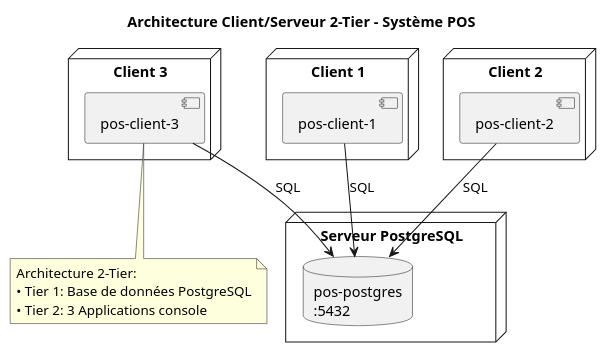
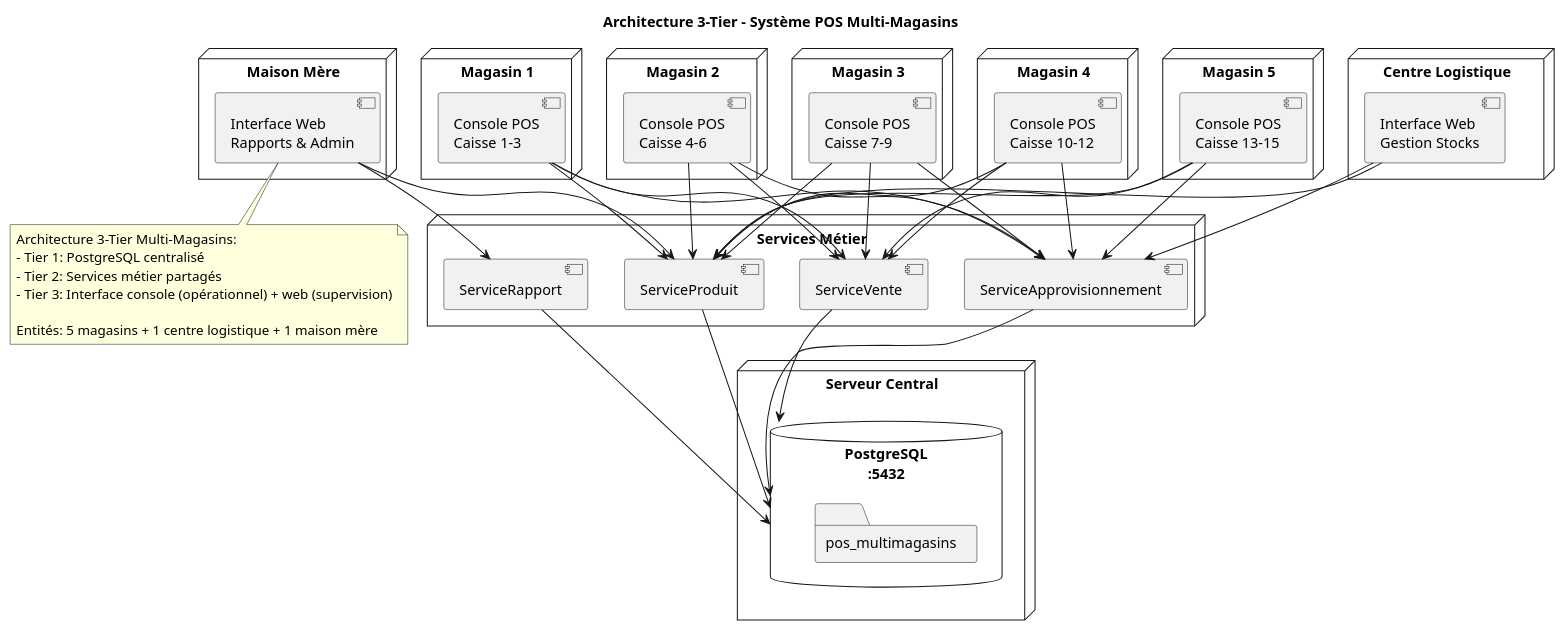
Before and after one commit to MelvinSDRS/log430-lab7-bis: the diagram in docs/uml/deploiement.puml, drawn with PlantUML. The commit also changed 47 other files, not shown here.

```diff
--- a/docs/uml/deploiement.puml
+++ b/docs/uml/deploiement.puml
@@ -1,30 +1,88 @@
 @startuml
-title Architecture Client/Serveur 2-Tier - Système POS
+title Architecture 3-Tier - Système POS Multi-Magasins
 
-node "Serveur PostgreSQL" {
-  database "pos-postgres\n:5432" as DB
+' Tier 1 - Base de données centralisée
+node "Serveur Central" {
+  database "PostgreSQL\n:5432" as DB {
+    folder "pos_multimagasins" as schema
+}
 }
 
-node "Client 1" {
-  component "pos-client-1" as App1
+' Tier 2 - Services métier (logique)
+node "Services Métier" {
+  component "ServiceProduit" as SP
+  component "ServiceVente" as SV
+  component "ServiceApprovisionnement" as SA
+  component "ServiceRapport" as SR
 }
 
-node "Client 2" {
-  component "pos-client-2" as App2
+' Tier 3 - Interfaces utilisateur (présentation)
+' Magasins avec interface console
+node "Magasin 1" {
+  component "Console POS\nCaisse 1-3" as M1
 }
 
-node "Client 3" {
-  component "pos-client-3" as App3
+node "Magasin 2" {
+  component "Console POS\nCaisse 4-6" as M2
 }
 
-App1 --> DB : SQL
-App2 --> DB : SQL
-App3 --> DB : SQL
+node "Magasin 3" {
+  component "Console POS\nCaisse 7-9" as M3
+}
+
+node "Magasin 4" {
+  component "Console POS\nCaisse 10-12" as M4
+}
+
+node "Magasin 5" {
+  component "Console POS\nCaisse 13-15" as M5
+}
+
+' Centre logistique avec interface web
+node "Centre Logistique" {
+  component "Interface Web\nGestion Stocks" as CL
+}
+
+' Maison mère avec interface web
+node "Maison Mère" {
+  component "Interface Web\nRapports & Admin" as MM
+}
+
+' Connexions Tier 3 → Tier 2
+M1 --> SP
+M1 --> SV
+M1 --> SA
+M2 --> SP
+M2 --> SV
+M2 --> SA
+M3 --> SP
+M3 --> SV
+M3 --> SA
+M4 --> SP
+M4 --> SV
+M4 --> SA
+M5 --> SP
+M5 --> SV
+M5 --> SA
+
+CL --> SA
+CL --> SP
+MM --> SR
+MM --> SP
+
+' Connexions Tier 2 → Tier 1
+SP --> DB
+SV --> DB
+SA --> DB
+SR --> DB
 
 note bottom
-  Architecture 2-Tier:
-  • Tier 1: Base de données PostgreSQL
-  • Tier 2: 3 Applications console
+  Architecture 3-Tier Multi-Magasins:
+  - Tier 1: PostgreSQL centralisé
+  - Tier 2: Services métier partagés
+  - Tier 3: Interface console (opérationnel) + web (supervision)
+  
+  Entités: 5 magasins + 1 centre logistique + 1 maison mère
 end note
 
 @enduml
```
